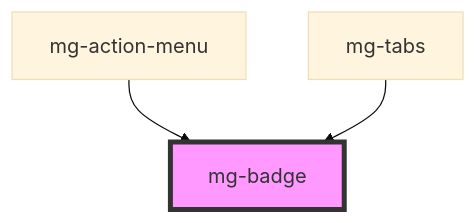
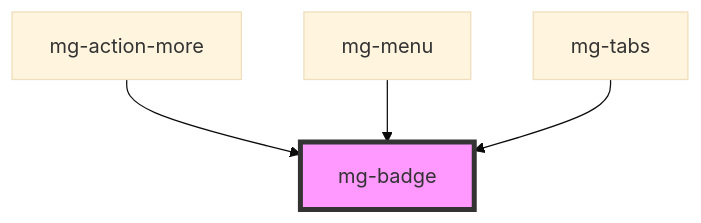
Before and after one commit to MGDIS/mg-components: the diagram in src/components/atoms/mg-badge/readme.md, drawn with Mermaid (base theme). The commit also changed other lines of this file and 27 other files, not shown here.

First line of the commit message:
feat(mgActionMore): implement mg-action-more in mg-action-menu

````diff
--- a/src/components/atoms/mg-badge/readme.md
+++ b/src/components/atoms/mg-badge/readme.md
@@ -43,6 +44,7 @@
 ```mermaid
 graph TD;
-  mg-action-menu --> mg-badge
+  mg-action-more --> mg-badge
+  mg-menu --> mg-badge
   mg-tabs --> mg-badge
   style mg-badge fill:#f9f,stroke:#333,stroke-width:4px
 ```
````
